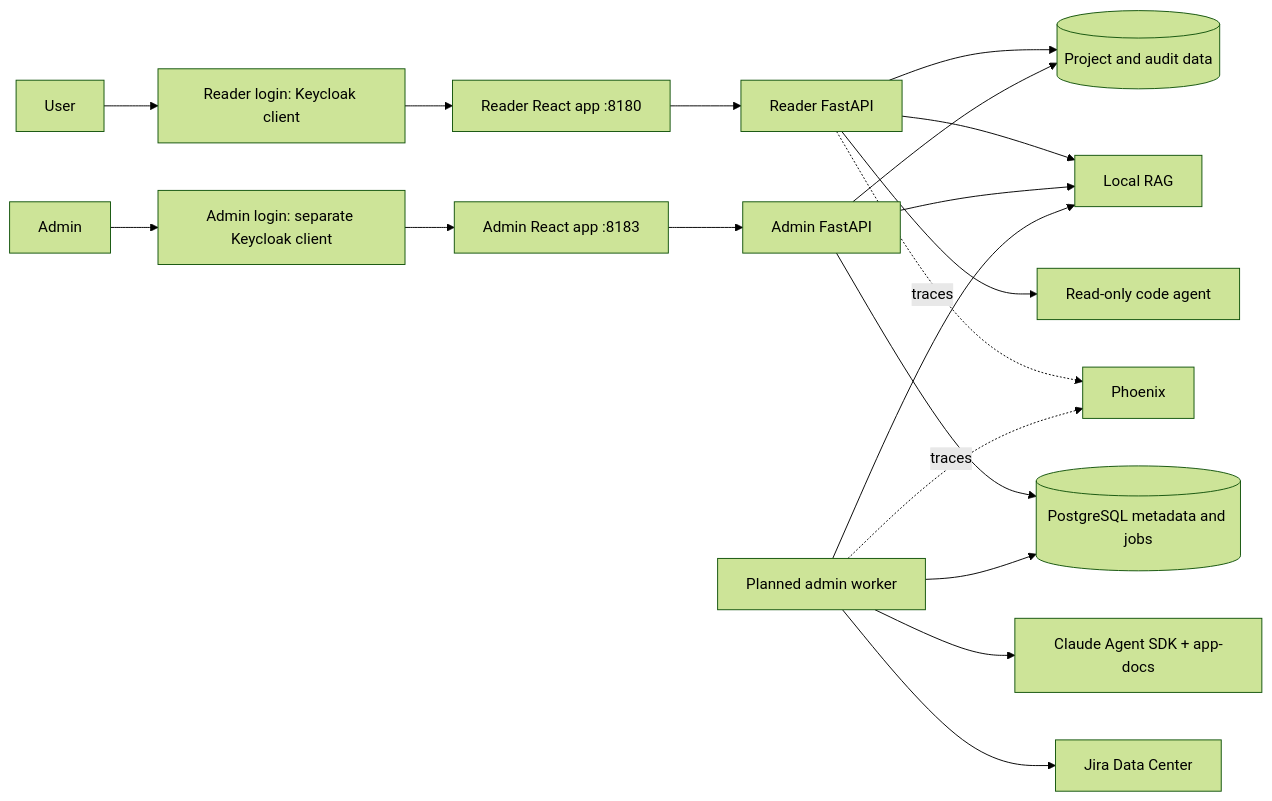
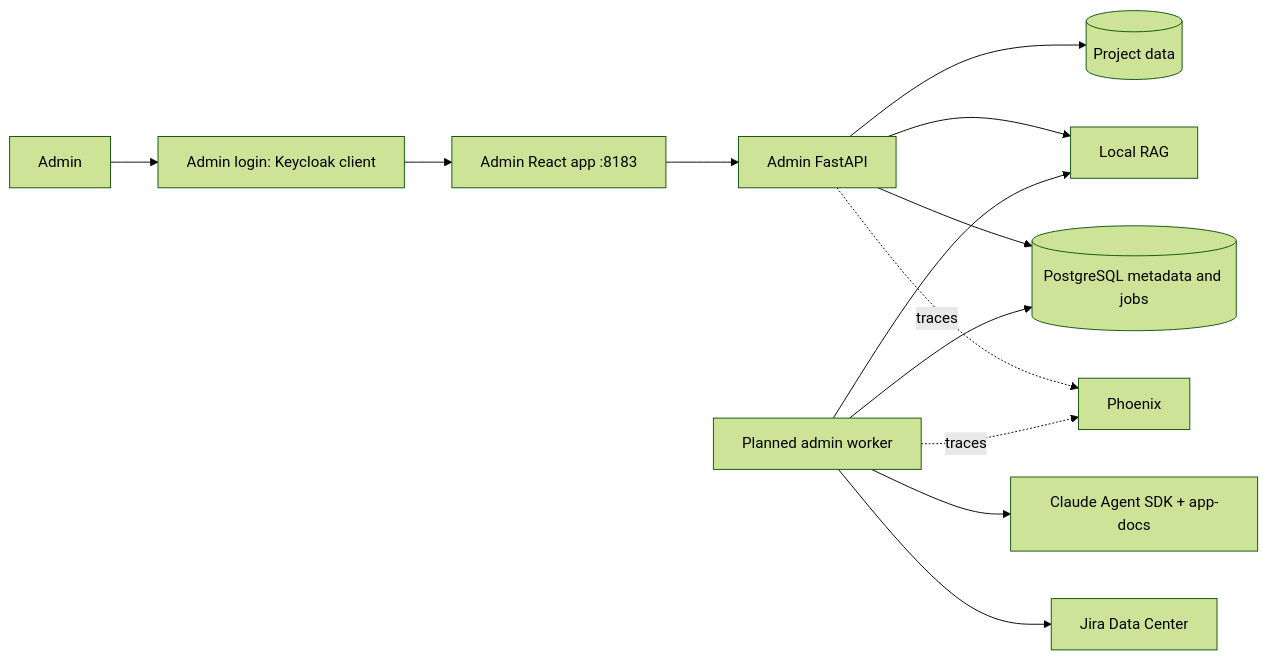
One commit to pulsarpoint/knowledge-agent changed the diagram in docs/architecture.md. Above: the diagram before and after it, drawn with Mermaid (forest theme). The commit also changed other lines of this file and 18 other files, not shown here.

````diff
--- a/docs/architecture.md
+++ b/docs/architecture.md
@@ -26,21 +24,15 @@
 ```mermaid
 flowchart LR
-    User --> ReaderLogin[Reader login: Keycloak client]
-    ReaderLogin --> Reader[Reader React app :8180]
-    Reader --> ReaderAPI[Reader FastAPI]
-    Admin --> AdminLogin[Admin login: separate Keycloak client]
+    Admin --> AdminLogin[Admin login: Keycloak client]
     AdminLogin --> AdminUI[Admin React app :8183]
     AdminUI --> AdminAPI[Admin FastAPI]
-    ReaderAPI --> Data[(Project and audit data)]
-    AdminAPI --> Data
-    ReaderAPI --> RAG[Local RAG]
-    AdminAPI --> RAG
+    AdminAPI --> Data[(Project data)]
+    AdminAPI --> RAG[Local RAG]
     AdminAPI --> DB[(PostgreSQL metadata and jobs)]
     Worker[Planned admin worker] --> DB
     Worker --> Plugin[Claude Agent SDK + app-docs]
     Worker --> Jira[Jira Data Center]
     Worker --> RAG
-    ReaderAPI --> CodeAgent[Read-only code agent]
-    ReaderAPI -. traces .-> Phoenix
+    AdminAPI -. traces .-> Phoenix
     Worker -. traces .-> Phoenix
 ```
````
